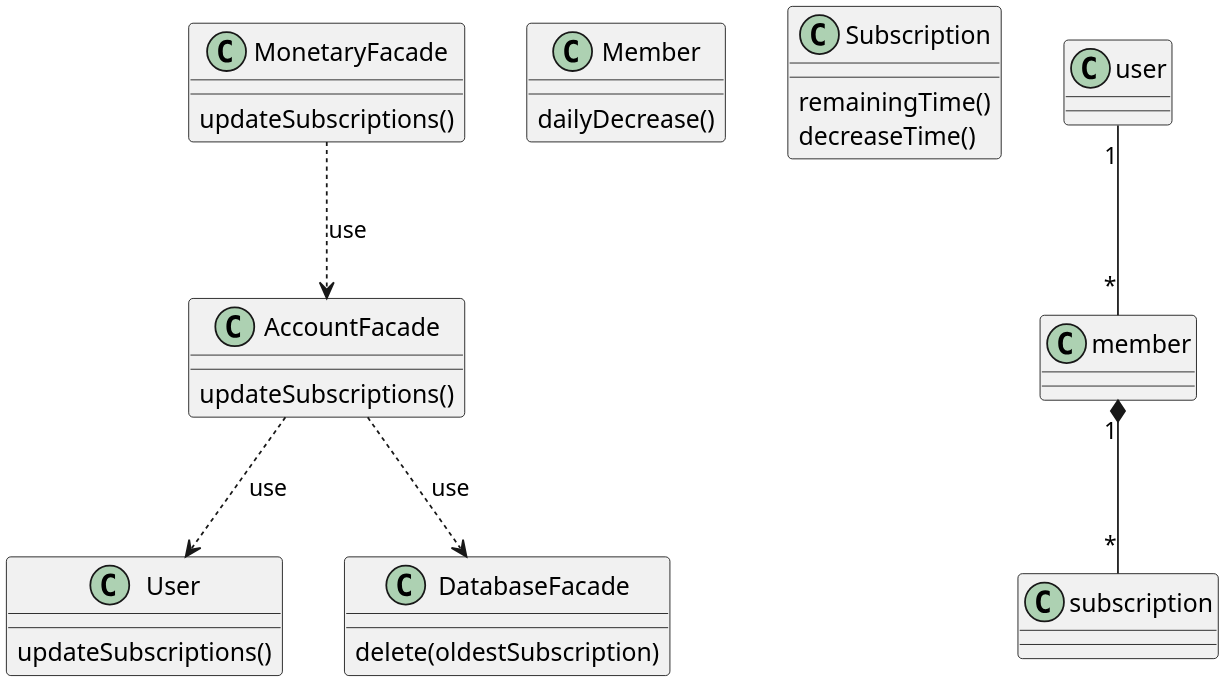
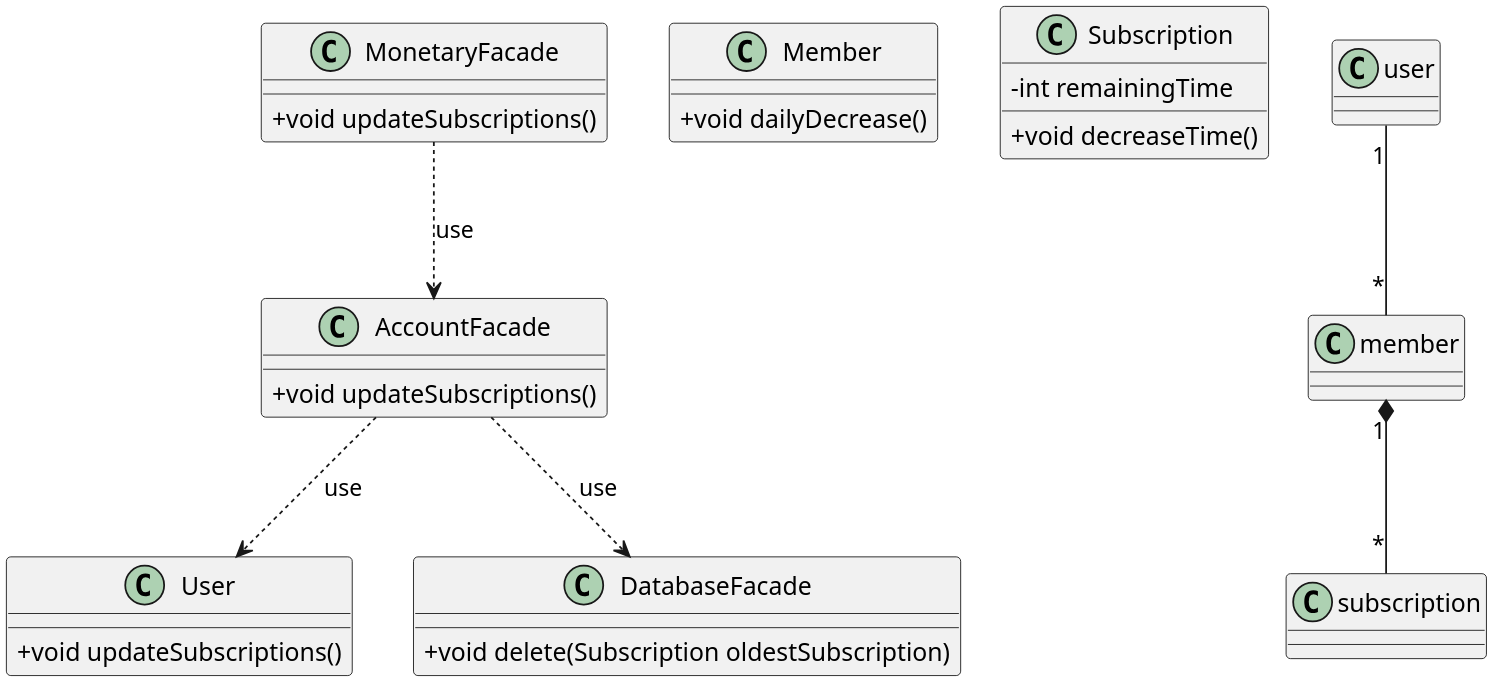
Before and after one commit to soleyman79/Qasedak: the diagram in Diagrams/Design Class/UpdateSubscriptionTime.puml, drawn with PlantUML.

Commit message:
UpdateSubscriptionTime: add type and privacy

```diff
--- a/Diagrams/Design Class/UpdateSubscriptionTime.puml
+++ b/Diagrams/Design Class/UpdateSubscriptionTime.puml
@@ -1,39 +1,40 @@
 @startuml update_subscription_time
 
 scale 3
 skinparam DefaultFontName B Nazanin
 skinparam ArrowMessageAlignment right
+skinparam classAttributeIconSize 0
 
 class User {
-    updateSubscriptions()
+    +void updateSubscriptions()
 }
 
 class Member {
-    dailyDecrease()
+    +void dailyDecrease()
 }
 
 class Subscription {
-    remainingTime()
-    decreaseTime()
+    -int remainingTime
+    +void decreaseTime()
     }
 
 class MonetaryFacade {
-    updateSubscriptions()
+    +void updateSubscriptions()
 }
 
 class AccountFacade {
-    updateSubscriptions()
+    +void updateSubscriptions()
 }
 
 class DatabaseFacade {
-    delete(oldestSubscription)
+    +void delete(Subscription oldestSubscription)
 }
 
 
 member "1" *-- "*" subscription
 user "1" -- "*" member
 AccountFacade ..> User :use
 AccountFacade ..> DatabaseFacade :use
 MonetaryFacade ..> AccountFacade :use
 
 @enduml
```
